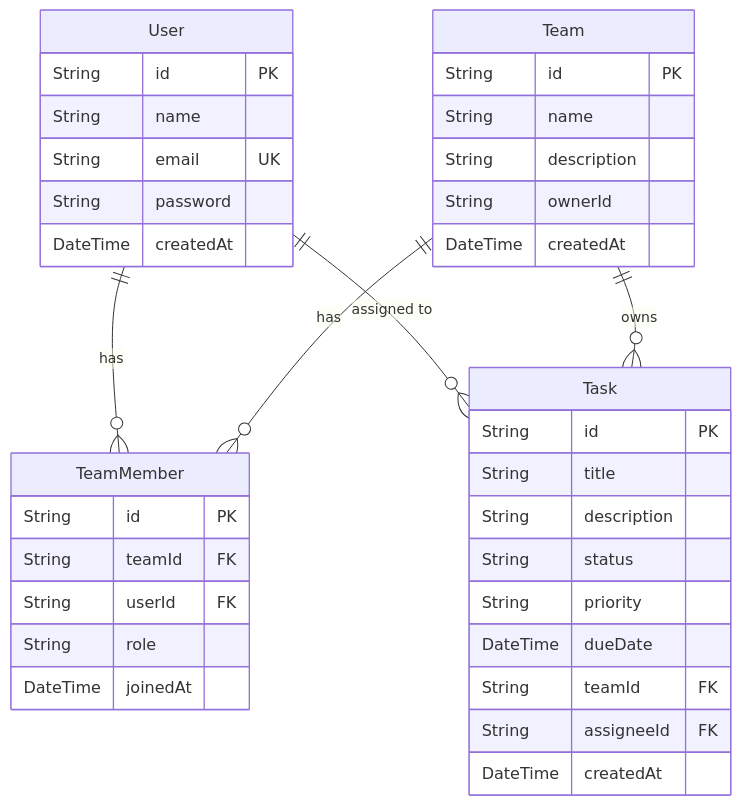
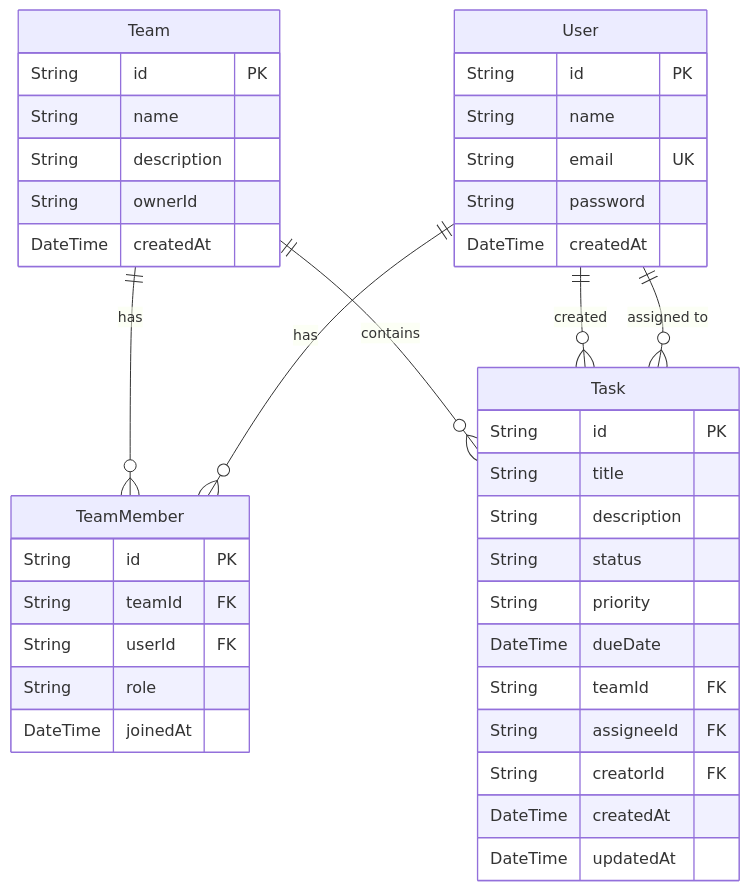
The diagram in README.md (ThanhFong05/TaskFlow_App), drawn with Mermaid before and after one commit. The commit also changed other lines of this file and 29 other files, not shown here.

Commit message:
Complete Assignment 2: TaFo Team and Task Management App

````diff
--- a/README.md
+++ b/README.md
@@ -29,43 +60,46 @@
 ```mermaid
 erDiagram
     User ||--o{ TeamMember : "has"
     User ||--o{ Task : "assigned to"
+    User ||--o{ Task : "created"
     Team ||--o{ TeamMember : "has"
-    Team ||--o{ Task : "owns"
+    Team ||--o{ Task : "contains"
 
     User {
         String id PK
         String name
         String email UK
         String password
         DateTime createdAt
     }
 
     Team {
         String id PK
         String name
         String description
         String ownerId
         DateTime createdAt
     }
 
     TeamMember {
         String id PK
         String teamId FK
         String userId FK
         String role
         DateTime joinedAt
     }
 
     Task {
         String id PK
         String title
         String description
         String status
         String priority
         DateTime dueDate
         String teamId FK
         String assigneeId FK
+        String creatorId FK
         DateTime createdAt
+        DateTime updatedAt
     }
 ```
````
